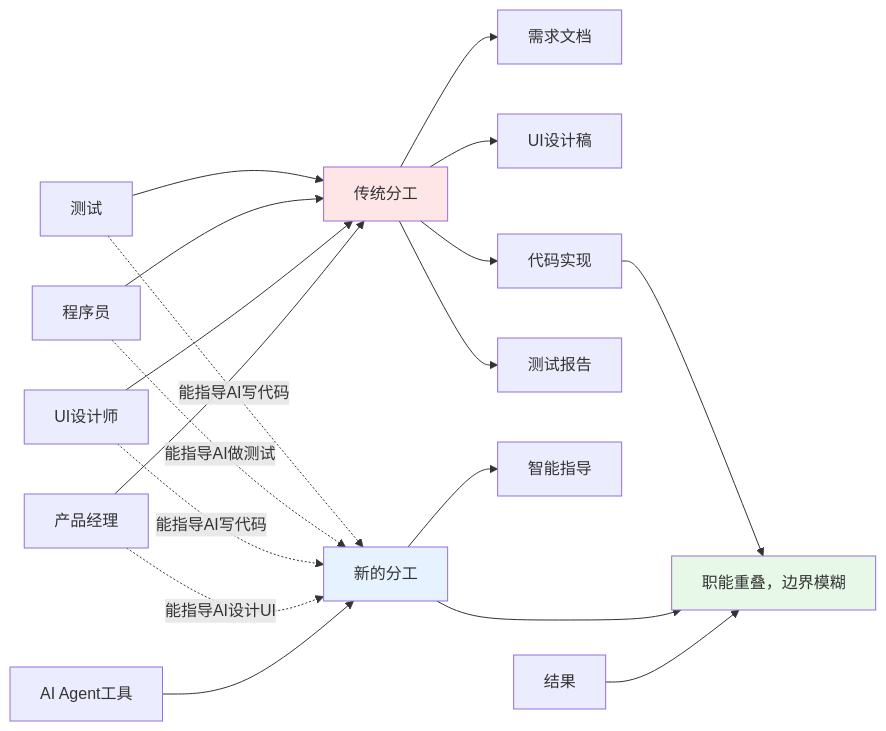
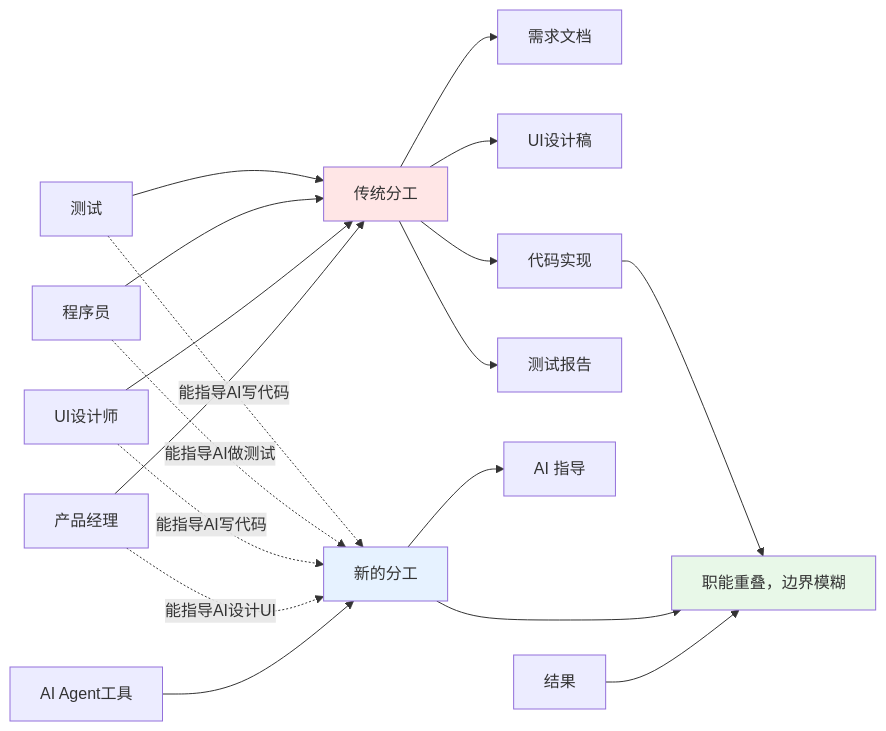
Before and after one commit to microwind/algorithms: the first of 15 diagrams in start-here/AI-Era-Programmers-as-Agent-Engineers.md, drawn with Mermaid. The commit also changed other lines of this file and 1 other file, not shown here.

````diff
--- a/start-here/AI-Era-Programmers-as-Agent-Engineers.md
+++ b/start-here/AI-Era-Programmers-as-Agent-Engineers.md
@@ -44,30 +42,30 @@
 ```mermaid
 graph LR
     A[产品经理] --> B[传统分工]
     B --> B1["需求文档"]
 
     C[UI设计师] --> B
     B --> B2["UI设计稿"]
 
     D[程序员] --> B
     B --> B3["代码实现"]
 
     E[测试] --> B
     B --> B4["测试报告"]
 
     F[AI Agent工具] --> G[新的分工]
-    G --> G1["智能指导"]
+    G --> G1["AI 指导"]
 
     A -.能指导AI设计UI.-> G
     C -.能指导AI写代码.-> G
     D -.能指导AI做测试.-> G
     E -.能指导AI写代码.-> G
 
     H[结果] --> I["职能重叠，边界模糊"]
     G --> I
     B3 --> I
 
     style B fill:#FFE6E6
     style G fill:#E6F2FF
     style I fill:#E8F8E8
 ```
````
